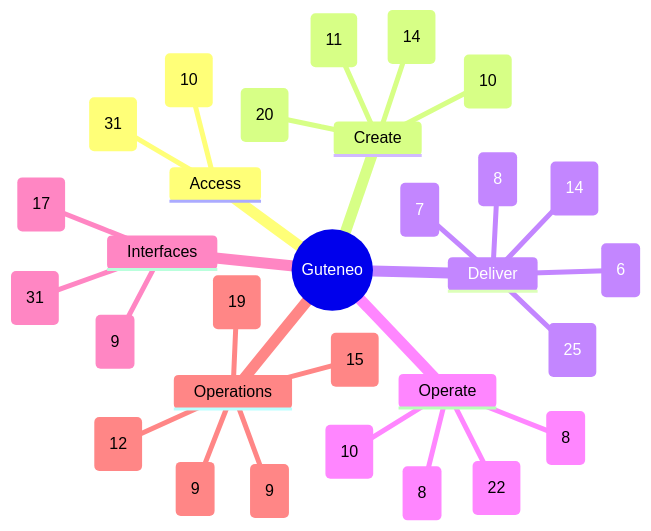
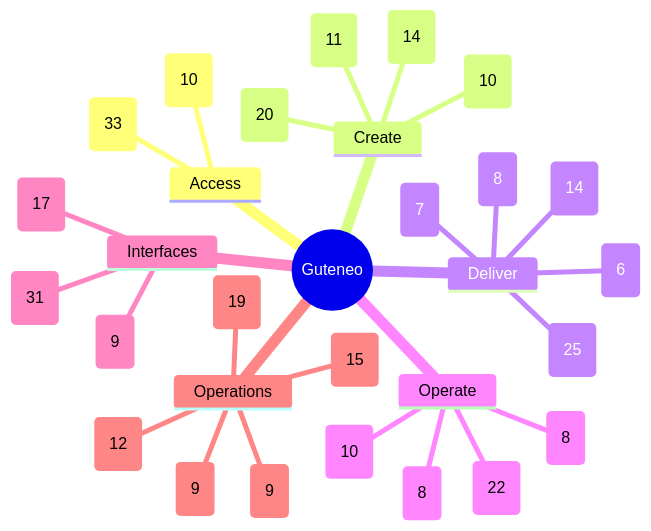
The diagram in docs/FEATURE_MAP.md (nclsppr/guteneo), drawn with Mermaid before and after one commit. The commit also changed other lines of this file and 51 other files, not shown here.

````diff
--- a/docs/FEATURE_MAP.md
+++ b/docs/FEATURE_MAP.md
@@ -13,33 +13,33 @@
 ```mermaid
 mindmap
   root((Guteneo))
     Access
-      Access and identity (31)
+      Access and identity (33)
       Team and responsibilities (10)
     Create
       Documents and protection (20)
       Template studio (14)
       Data and mappings (10)
       PDF generation and distribution (11)
     Deliver
       Fax (6)
       Postal mail (8)
       Email and protected links (14)
       Sensitive distribution and personal documents (25)
       Dispatch dry run (7)
     Operate
       Campaigns and tracking (8)
       Credits and billing (8)
       Workspace layout and browser appearance (22)
       PDF verification (10)
     Interfaces
       Assistants and API (31)
       iPhone and iPad (9)
       Public pages, languages and appearance (17)
     Operations
       Reviewer OAuth qualification (9)
       Operations and reliability (19)
       Belvédère platform oversight (9)
       Public service status (15)
       Engineering documentation (12)
 ```
````
